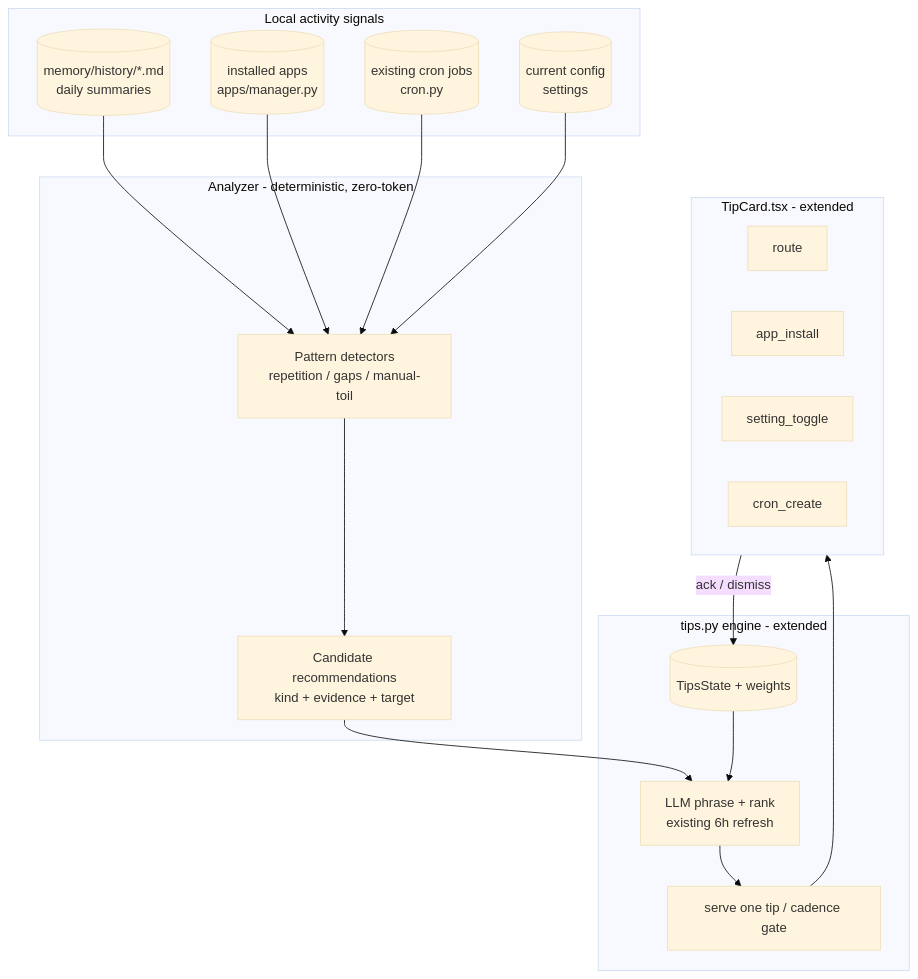
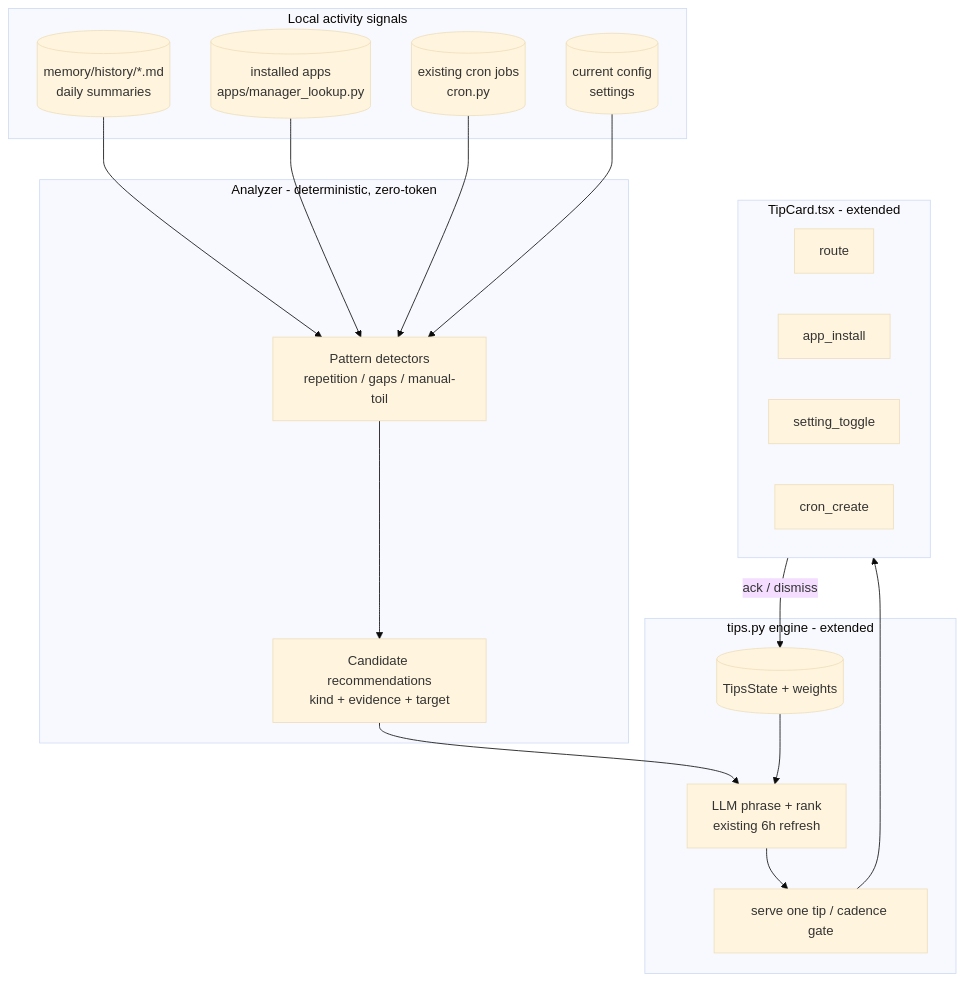
One commit to kirodotdev/KiroCrew changed the first of 2 diagrams in docs/request-for-change/rfc-tips-kit.md. Above: the diagram before and after it, drawn with Mermaid (base theme). The commit also changed other lines of this file and 41 other files, not shown here.

First line of the commit message:
refactor(apps): split manager.py into a facade and eight owners

````diff
--- a/docs/request-for-change/rfc-tips-kit.md
+++ b/docs/request-for-change/rfc-tips-kit.md
@@ -83,31 +83,31 @@
 ```mermaid
 flowchart TB
     subgraph signals [Local activity signals]
         hist[(memory/history/*.md<br/>daily summaries)]
-        installed[(installed apps<br/>apps/manager.py)]
+        installed[(installed apps<br/>apps/manager_lookup.py)]
         crons[(existing cron jobs<br/>cron.py)]
         cfg[(current config<br/>settings)]
     end
 
     subgraph analyzer [Analyzer - deterministic, zero-token]
         detect[Pattern detectors<br/>repetition / gaps / manual-toil]
         candidates[Candidate recommendations<br/>kind + evidence + target]
     end
 
     subgraph engine [tips.py engine - extended]
         rank[LLM phrase + rank<br/>existing 6h refresh]
         state[(TipsState + weights)]
         serve[serve one tip / cadence gate]
     end
 
     subgraph card [TipCard.tsx - extended]
         route[route]
         app[app_install]
         setg[setting_toggle]
         cron[cron_create]
     end
 
     hist & installed & crons & cfg --> detect --> candidates --> rank
     state --> rank --> serve --> card
     card -->|ack / dismiss| state
 ```
````
